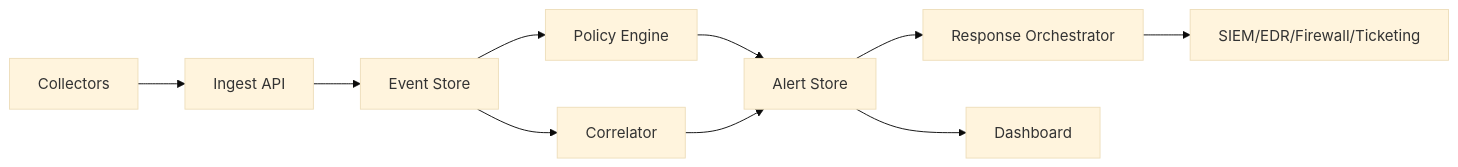
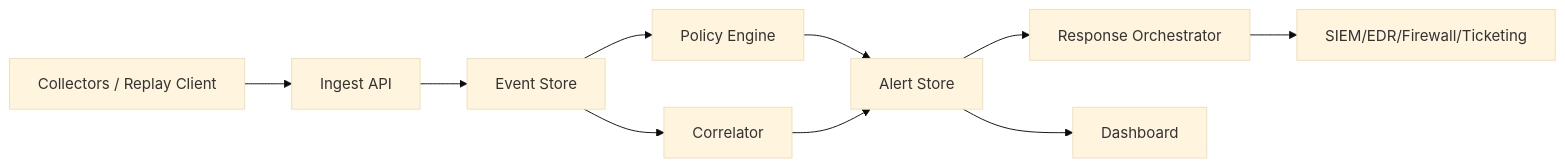
The diagram in docs/architecture.md (hunterinvariants/open-agentic-threat-defense), drawn with Mermaid (base theme) before and after one commit. The commit also changed other lines of this file and 6 other files, not shown here.

Commit message:
Add JSONL telemetry replay client

````diff
--- a/docs/architecture.md
+++ b/docs/architecture.md
@@ -75,12 +82,12 @@
 ```mermaid
 flowchart LR
-  A["Collectors"] --> B["Ingest API"]
+  A["Collectors / Replay Client"] --> B["Ingest API"]
   B --> C["Event Store"]
   C --> D["Policy Engine"]
   C --> E["Correlator"]
   D --> F["Alert Store"]
   E --> F
   F --> G["Response Orchestrator"]
   G --> H["SIEM/EDR/Firewall/Ticketing"]
   F --> I["Dashboard"]
 ```
````
